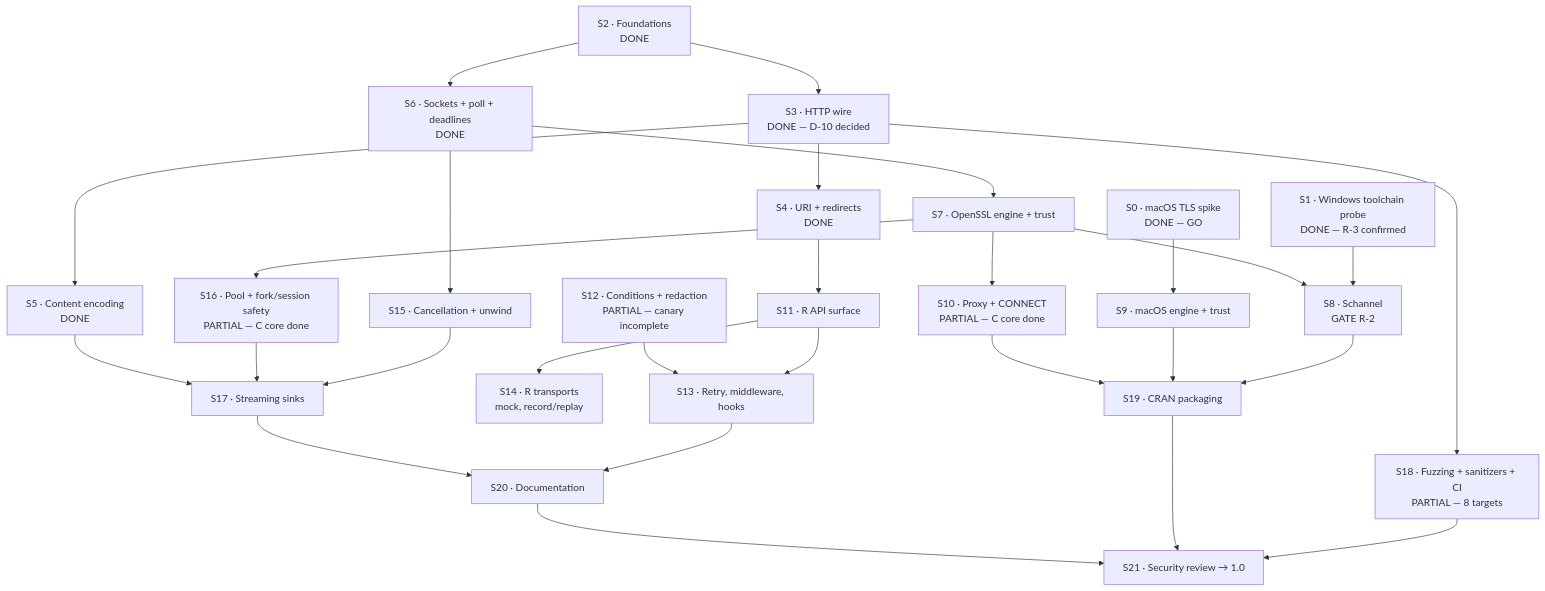
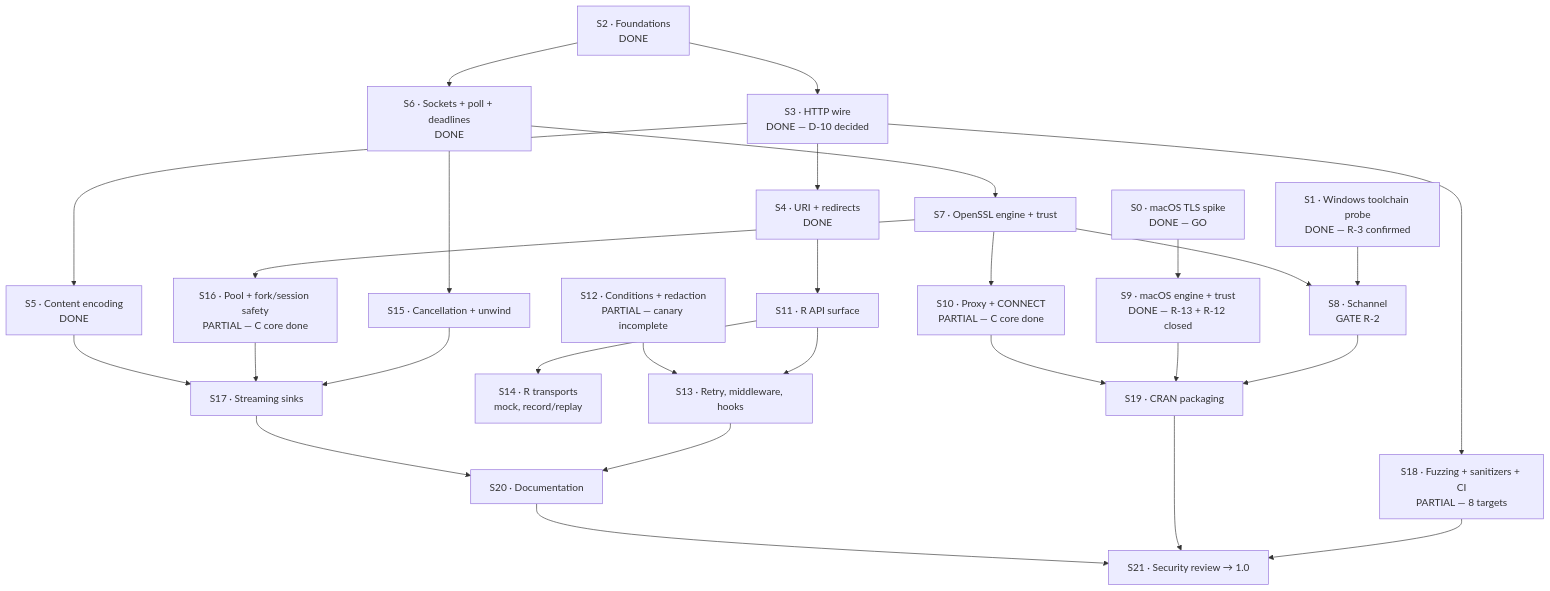
Before and after one commit to pedrobtz/zuhttp: the diagram in roadmap.md, drawn with Mermaid. The commit also changed 15 other files, not shown here.

First line of the commit message:
feat(tls): S9 — macOS on the system stack, and R-13 + R-12 both closed

````diff
--- a/roadmap.md
+++ b/roadmap.md
@@ -28,58 +28,58 @@
 ```mermaid
 graph TD
     S0["S0 · macOS TLS spike<br/>DONE — GO"]
     S1["S1 · Windows toolchain probe<br/>DONE — R-3 confirmed"]
 
     S2["S2 · Foundations<br/>DONE"]
     S3["S3 · HTTP wire<br/>DONE — D-10 decided"]
     S4["S4 · URI + redirects<br/>DONE"]
     S5["S5 · Content encoding<br/>DONE"]
 
     S6["S6 · Sockets + poll + deadlines<br/>DONE"]
     S7["S7 · OpenSSL engine + trust"]
     S8["S8 · Schannel<br/>GATE R-2"]
-    S9["S9 · macOS engine + trust"]
+    S9["S9 · macOS engine + trust<br/>DONE — R-13 + R-12 closed"]
     S10["S10 · Proxy + CONNECT<br/>PARTIAL — C core done"]
 
     S11["S11 · R API surface"]
     S12["S12 · Conditions + redaction<br/>PARTIAL — canary incomplete"]
     S13["S13 · Retry, middleware, hooks"]
     S14["S14 · R transports<br/>mock, record/replay"]
 
     S15["S15 · Cancellation + unwind"]
     S16["S16 · Pool + fork/session safety<br/>PARTIAL — C core done"]
     S17["S17 · Streaming sinks"]
 
     S18["S18 · Fuzzing + sanitizers + CI<br/>PARTIAL — 8 targets"]
     S19["S19 · CRAN packaging"]
     S20["S20 · Documentation"]
     S21["S21 · Security review → 1.0"]
 
     S0 --> S9
     S1 --> S8
     S2 --> S3
     S2 --> S6
     S3 --> S4
     S3 --> S5
     S3 --> S18
     S6 --> S7
     S6 --> S15
     S7 --> S8
     S7 --> S10
     S7 --> S16
     S8 --> S19
     S9 --> S19
     S4 --> S11
     S11 --> S13
     S12 --> S13
     S11 --> S14
     S15 --> S17
     S16 --> S17
     S13 --> S20
     S17 --> S20
     S18 --> S21
     S19 --> S21
     S20 --> S21
     S10 --> S19
     S5 --> S17
 ```
````
